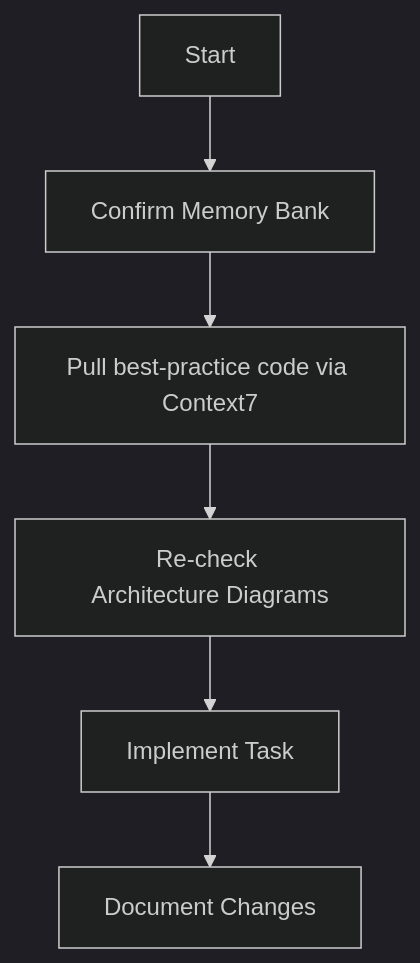
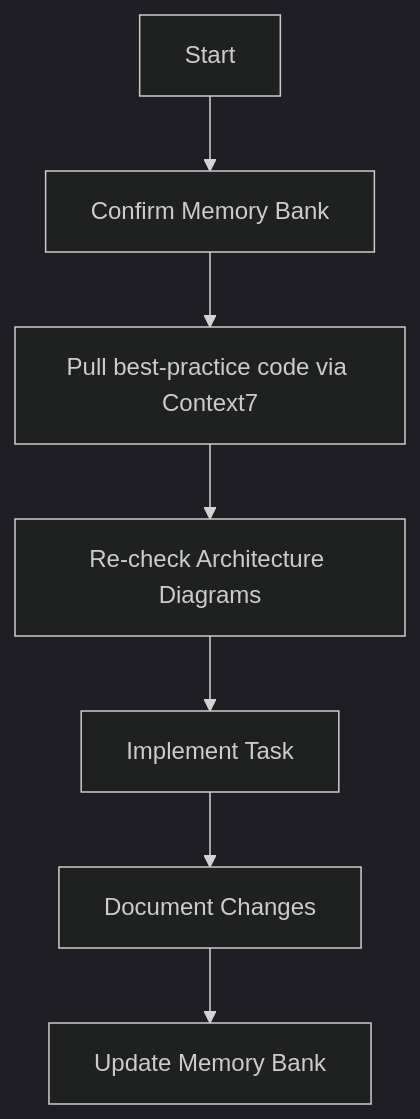
Before and after one commit to ChrisMcKee1/AI-Assisted-Coding: the third of 5 diagrams in memorybank.md, drawn with Mermaid (dark theme). The commit also changed other lines of this file and 3 other files, not shown here.

````diff
--- a/memorybank.md
+++ b/memorybank.md
@@ -81,8 +82,9 @@
 ```mermaid
 flowchart TD
-    Start[Start] --> Context[Confirm Memory Bank]
+    Start[Start] --> Context[Confirm Memory Bank]
     Context --> Research[Pull best‑practice code via Context7]
-    Research --> Diagrams[Re‑check Architecture Diagrams]
+    Research --> Diagrams[Re‑check Architecture Diagrams]
     Diagrams --> Execute[Implement Task]
     Execute --> Doc[Document Changes]
+    Doc --> UpdateMemoryBank[Update Memory Bank]
 ```
````
